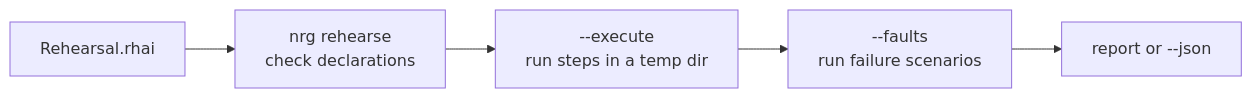
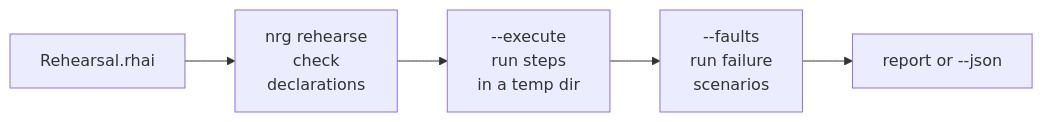
One commit to inou/nrgize-rs changed the diagram in docs/rehearsal.md. Above: the diagram before and after it, drawn with Mermaid. The commit also changed 12 other files, not shown here.

````diff
--- a/docs/rehearsal.md
+++ b/docs/rehearsal.md
@@ -136,7 +136,7 @@
 ```mermaid
 flowchart LR
-    A["Rehearsal.rhai"] --> B["nrg rehearse<br/>check declarations"]
-    B --> C["--execute<br/>run steps in a temp dir"]
-    C --> D["--faults<br/>run failure scenarios"]
+    A["Rehearsal.rhai"] --> B["nrg rehearse<br/>check<br/>declarations"]
+    B --> C["--execute<br/>run steps<br/>in a temp dir"]
+    C --> D["--faults<br/>run failure<br/>scenarios"]
     D --> E["report or --json"]
 ```
````
